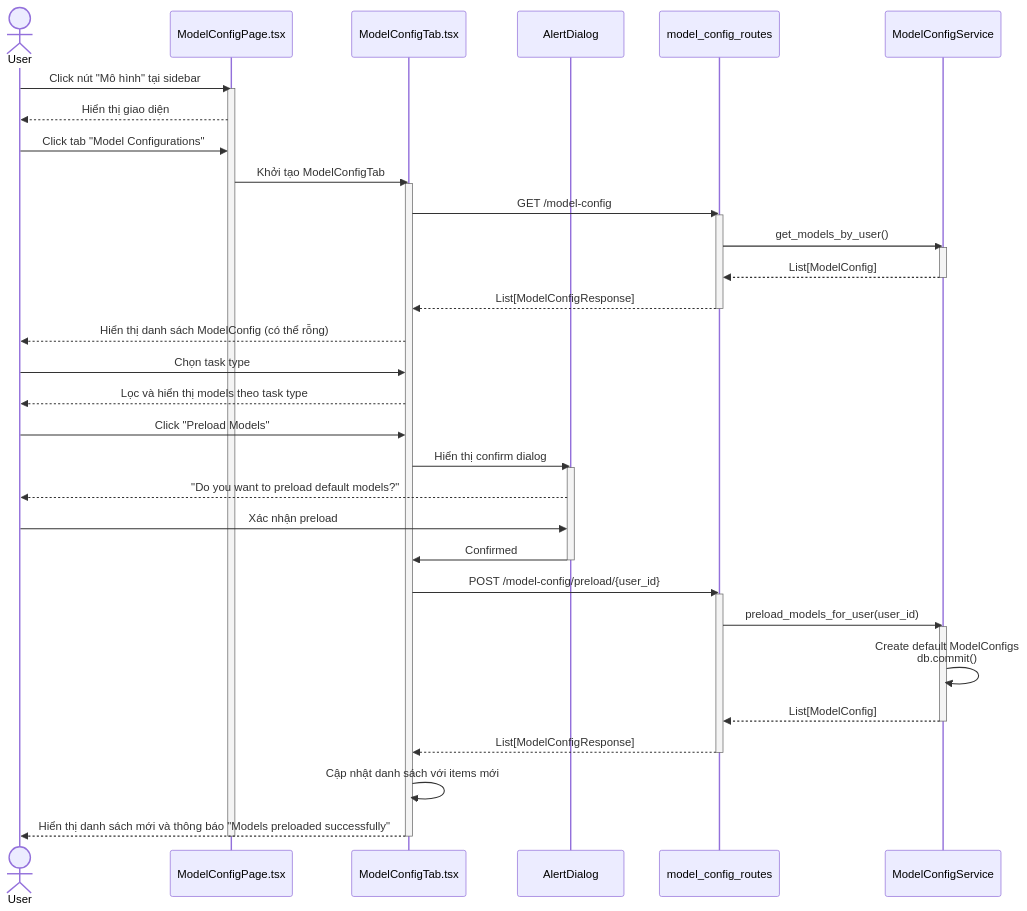
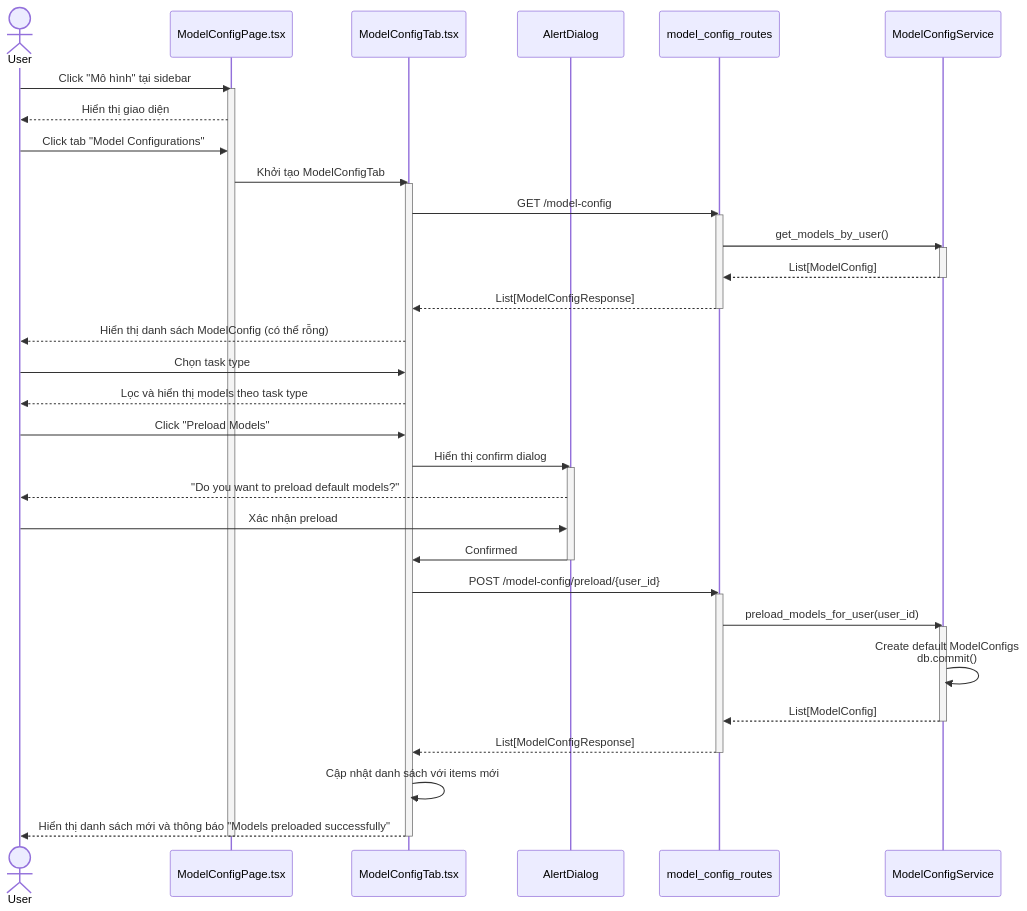
One commit to mduc-2610/gp_doc changed the sixth of 10 diagrams in model_config/4_model_config_seq.md. Above: the diagram before and after it, drawn with Mermaid. The commit also changed other lines of this file and 39 other files, not shown here.

Commit message:
add session sequence

````diff
--- a/model_config/4_model_config_seq.md
+++ b/model_config/4_model_config_seq.md
@@ -328,58 +328,58 @@
 ```mermaid
 sequenceDiagram
     actor User
     participant ModelConfigPage as ModelConfigPage.tsx
     participant ModelConfigTab as ModelConfigTab.tsx
     participant ConfirmDialog as AlertDialog
     participant ModelConfigRoutes as model_config_routes
     participant ModelConfigService as ModelConfigService
 
-    User->>ModelConfigPage: Click nút "Mô hình" tại sidebar
+    User->>ModelConfigPage: Click "Mô hình" tại sidebar
     activate ModelConfigPage
     ModelConfigPage-->>User: Hiển thị giao diện
     
     User->>ModelConfigPage: Click tab "Model Configurations"
     ModelConfigPage->>ModelConfigTab: Khởi tạo ModelConfigTab
     activate ModelConfigTab
     
     ModelConfigTab->>ModelConfigRoutes: GET /model-config
     activate ModelConfigRoutes
     ModelConfigRoutes->>ModelConfigService: get_models_by_user()
     activate ModelConfigService
     ModelConfigService-->>ModelConfigRoutes: List[ModelConfig]
     deactivate ModelConfigService
     ModelConfigRoutes-->>ModelConfigTab: List[ModelConfigResponse]
     deactivate ModelConfigRoutes
     
     ModelConfigTab-->>User: Hiển thị danh sách ModelConfig (có thể rỗng)
     
     User->>ModelConfigTab: Chọn task type
     ModelConfigTab-->>User: Lọc và hiển thị models theo task type
     
     User->>ModelConfigTab: Click "Preload Models"
     ModelConfigTab->>ConfirmDialog: Hiển thị confirm dialog
     activate ConfirmDialog
     ConfirmDialog-->>User: "Do you want to preload default models?"
     
     User->>ConfirmDialog: Xác nhận preload
     ConfirmDialog->>ModelConfigTab: Confirmed
     deactivate ConfirmDialog
     
     ModelConfigTab->>ModelConfigRoutes: POST /model-config/preload/{user_id}
     activate ModelConfigRoutes
     ModelConfigRoutes->>ModelConfigService: preload_models_for_user(user_id)
     activate ModelConfigService
     
     ModelConfigService->>ModelConfigService: Create default ModelConfigs<br/>db.commit()
     
     ModelConfigService-->>ModelConfigRoutes: List[ModelConfig]
     deactivate ModelConfigService
     ModelConfigRoutes-->>ModelConfigTab: List[ModelConfigResponse]
     deactivate ModelConfigRoutes
     
     ModelConfigTab->>ModelConfigTab: Cập nhật danh sách với items mới
     ModelConfigTab-->>User: Hiển thị danh sách mới và thông báo "Models preloaded successfully"
     
     deactivate ModelConfigTab
     deactivate ModelConfigPage
 ```
````
